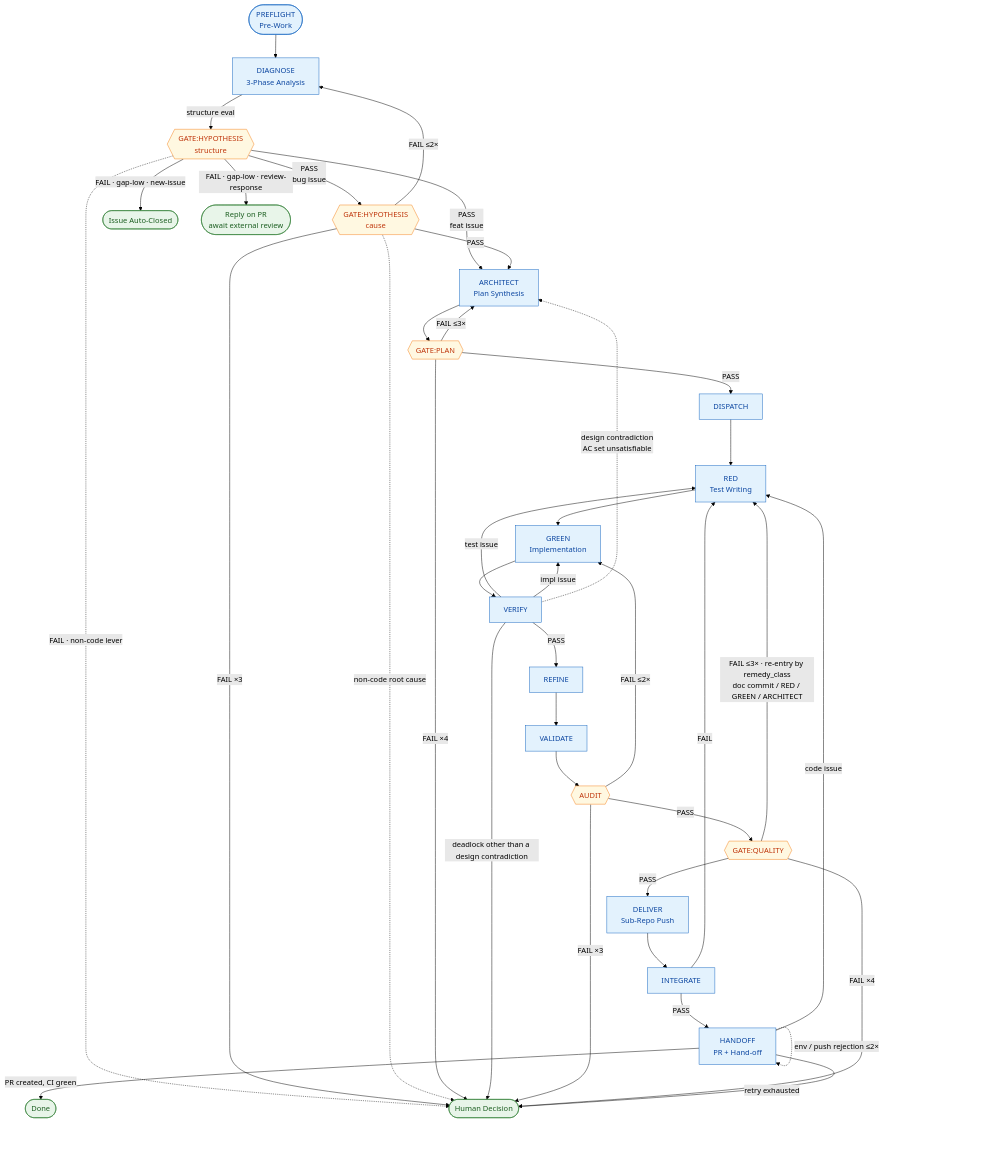
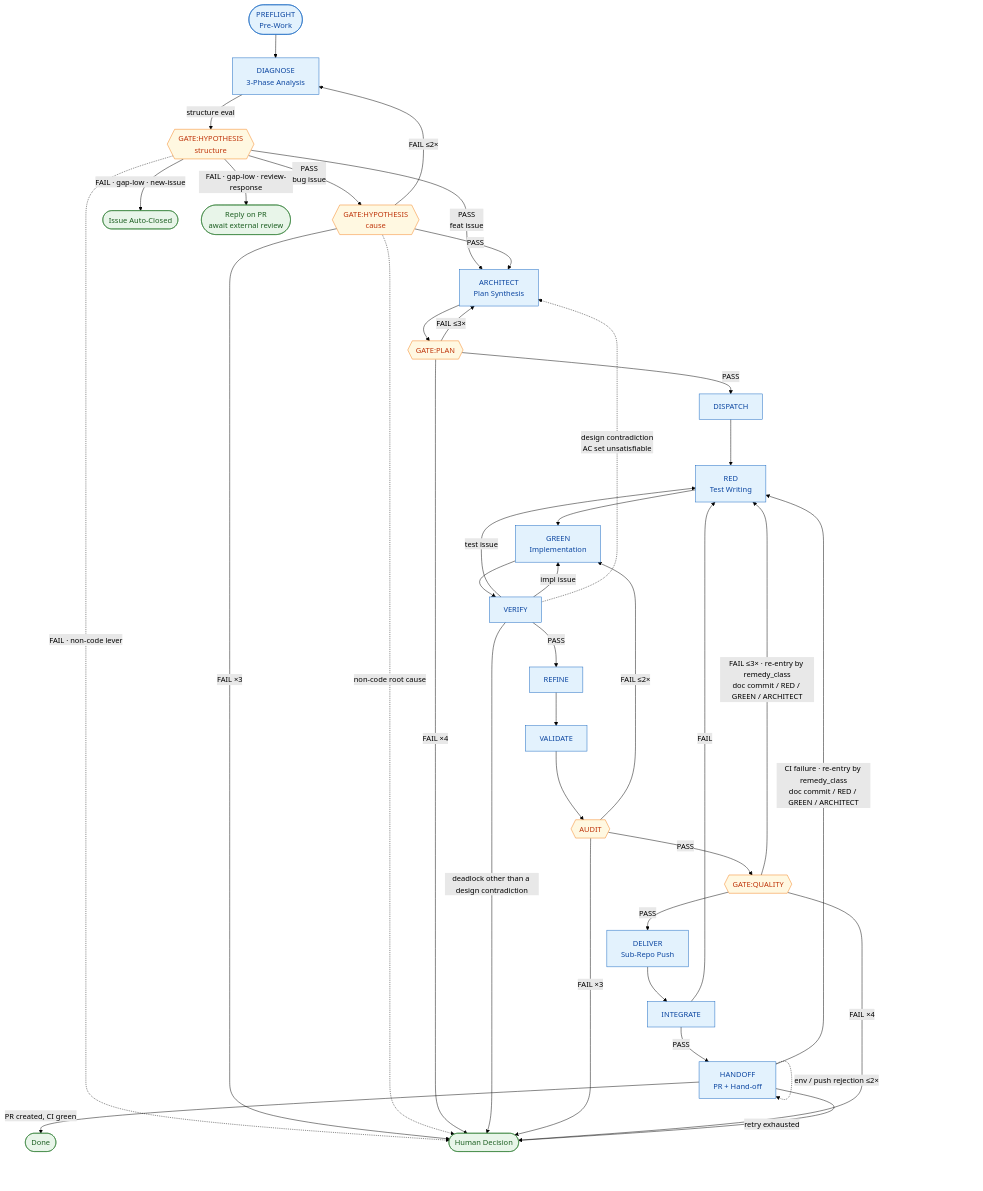
One commit to Munsik-Park/autoflow changed the diagram in docs/autoflow-guide.md. Above: the diagram before and after it, drawn with Mermaid (forest theme). The commit also changed other lines of this file and 17 other files, not shown here.

````diff
--- a/docs/autoflow-guide.md
+++ b/docs/autoflow-guide.md
@@ -57,67 +57,67 @@
 ```mermaid
 flowchart TD
     PRE([PREFLIGHT<br/>Pre-Work]):::phase
     DIA[DIAGNOSE<br/>3-Phase Analysis]:::phase
     HYPS{{GATE:HYPOTHESIS<br/>structure}}:::gate
     HYPC{{GATE:HYPOTHESIS<br/>cause}}:::gate
     ARC[ARCHITECT<br/>Plan Synthesis]:::phase
     PLAN{{GATE:PLAN}}:::gate
     DIS[DISPATCH]:::phase
     RED[RED<br/>Test Writing]:::phase
     GREEN[GREEN<br/>Implementation]:::phase
     VER[VERIFY]:::phase
     REF[REFINE]:::phase
     VAL[VALIDATE]:::phase
     AUD{{AUDIT}}:::gate
     QUAL{{GATE:QUALITY}}:::gate
     DEL[DELIVER<br/>Sub-Repo Push]:::phase
     INT[INTEGRATE]:::phase
     HAND[HANDOFF<br/>PR + Hand-off]:::phase
     CLOSE([Issue Auto-Closed]):::terminal
     REVW([Reply on PR<br/>await external review]):::terminal
     DONE([Done]):::terminal
     HUMAN([Human Decision]):::terminal
 
     PRE --> DIA
     DIA -->|structure eval| HYPS
     HYPS -->|FAIL · gap-low · new-issue| CLOSE
     HYPS -->|FAIL · gap-low · review-response| REVW
     HYPS -.->|FAIL · non-code lever| HUMAN
     HYPS -->|PASS<br/>feat issue| ARC
     HYPS -->|PASS<br/>bug issue| HYPC
     HYPC -->|PASS| ARC
     HYPC -->|FAIL ≤2×| DIA
     HYPC -->|FAIL ×3| HUMAN
     HYPC -.->|non-code root cause| HUMAN
     ARC --> PLAN
     PLAN -->|PASS| DIS
     PLAN -->|FAIL ≤3×| ARC
     PLAN -->|FAIL ×4| HUMAN
     DIS --> RED
     RED --> GREEN
     GREEN --> VER
     VER -->|test issue| RED
     VER -->|impl issue| GREEN
     VER -->|deadlock other than a design contradiction| HUMAN
     VER -.->|design contradiction<br/>AC set unsatisfiable| ARC
     VER -->|PASS| REF
     REF --> VAL
     VAL --> AUD
     AUD -->|FAIL ≤2×| GREEN
     AUD -->|FAIL ×3| HUMAN
     AUD -->|PASS| QUAL
     QUAL -->|PASS| DEL
     QUAL -->|FAIL ≤3× · re-entry by remedy_class<br/>doc commit / RED / GREEN / ARCHITECT| RED
     QUAL -->|FAIL ×4| HUMAN
     DEL --> INT
     INT -->|FAIL| RED
     INT -->|PASS| HAND
     HAND -.->|env / push rejection ≤2×| HAND
-    HAND -->|code issue| RED
+    HAND -->|CI failure · re-entry by remedy_class<br/>doc commit / RED / GREEN / ARCHITECT| RED
     HAND -->|retry exhausted| HUMAN
     HAND -->|PR created, CI green| DONE
 
     classDef phase fill:#e3f2fd,stroke:#1565c0,color:#0d47a1
     classDef gate fill:#fff8e1,stroke:#f57f17,color:#bf360c
     classDef terminal fill:#e8f5e9,stroke:#2e7d32,color:#1b5e20
 ```
````
